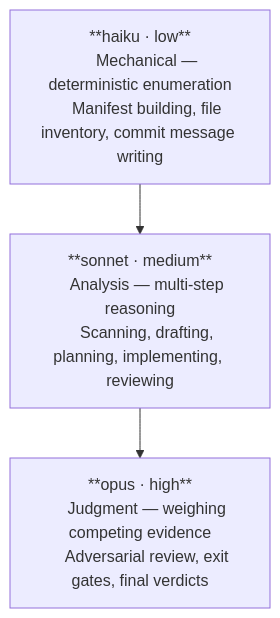
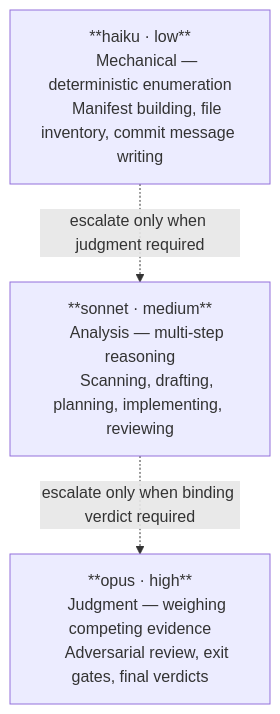
One commit to orin-dx/agent-plugins changed the third of 4 diagrams in ARCHITECTURE.md. Above: the diagram before and after it, drawn with Mermaid. The commit also changed other lines of this file and 11 other files, not shown here.

````diff
--- a/ARCHITECTURE.md
+++ b/ARCHITECTURE.md
@@ -89,16 +91,17 @@
 ```mermaid
 flowchart TD
     H["**haiku · low**
     Mechanical — deterministic enumeration
     Manifest building, file inventory, commit message writing"]
 
     S["**sonnet · medium**
     Analysis — multi-step reasoning
     Scanning, drafting, planning, implementing, reviewing"]
 
     O["**opus · high**
     Judgment — weighing competing evidence
     Adversarial review, exit gates, final verdicts"]
 
-    H --> S --> O
+    H -. "escalate only when judgment required" .-> S
+    S -. "escalate only when binding verdict required" .-> O
 ```
````
